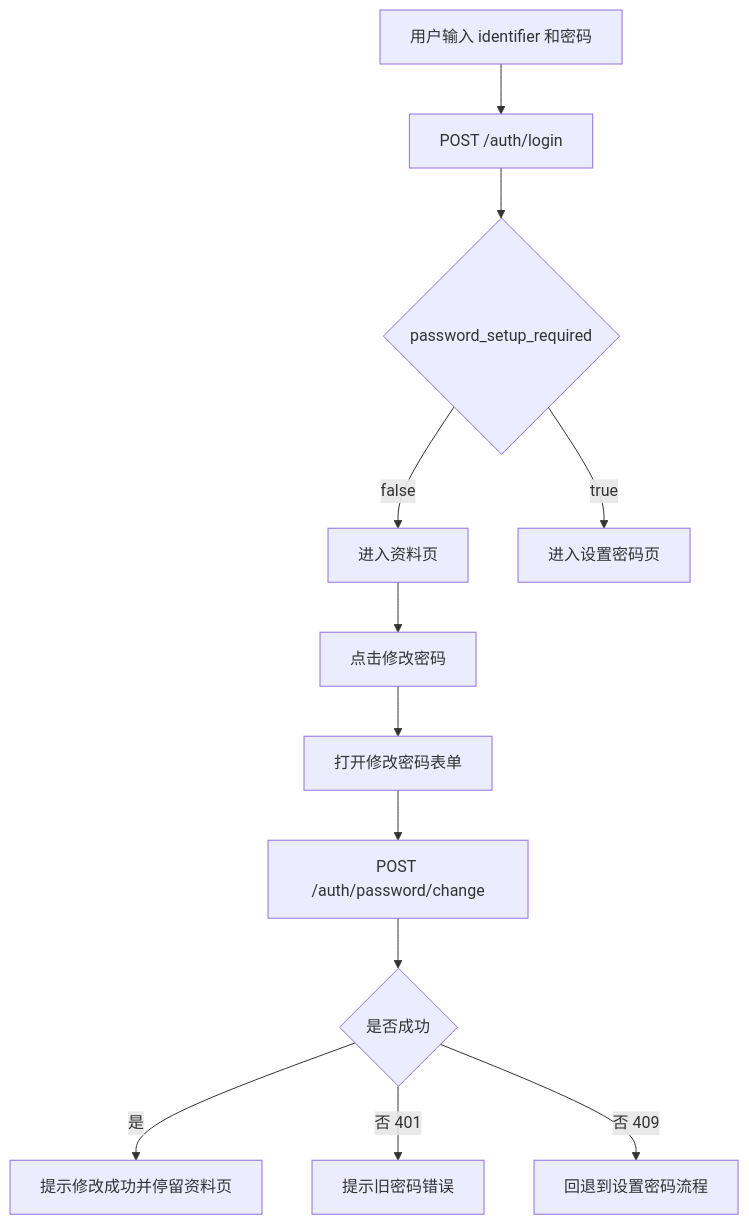
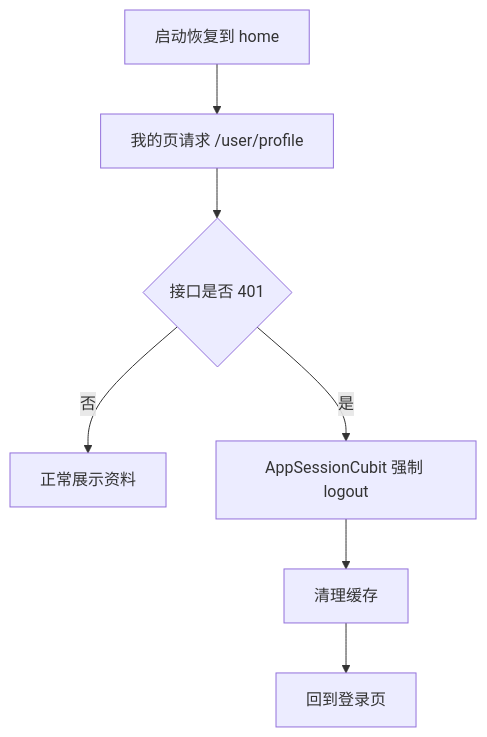
The fourth of 4 diagrams in docs/features/auth/v0.0.1/client/design.md (RainyJiang22/FlashIM_by_ai), drawn with Mermaid before and after one commit. The commit also changed other lines of this file and 56 other files, not shown here.

````diff
--- a/docs/features/auth/v0.0.1/client/design.md
+++ b/docs/features/auth/v0.0.1/client/design.md
@@ -203,14 +327,9 @@
 ```mermaid
 flowchart TD
-    A[用户输入 identifier 和密码] --> B[POST /auth/login]
-    B --> C{password_setup_required}
-    C -->|false| D[进入资料页]
-    C -->|true| E[进入设置密码页]
-    D --> F[点击修改密码]
-    F --> G[打开修改密码表单]
-    G --> H[POST /auth/password/change]
-    H --> I{是否成功}
-    I -->|是| J[提示修改成功并停留资料页]
-    I -->|否 401| K[提示旧密码错误]
-    I -->|否 409| L[回退到设置密码流程]
+    A[启动恢复到 home] --> B[我的页请求 /user/profile]
+    B --> C{接口是否 401}
+    C -->|否| D[正常展示资料]
+    C -->|是| E[AppSessionCubit 强制 logout]
+    E --> F[清理缓存]
+    F --> G[回到登录页]
 ```
````
